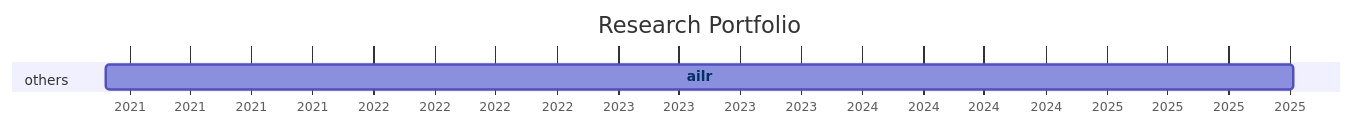
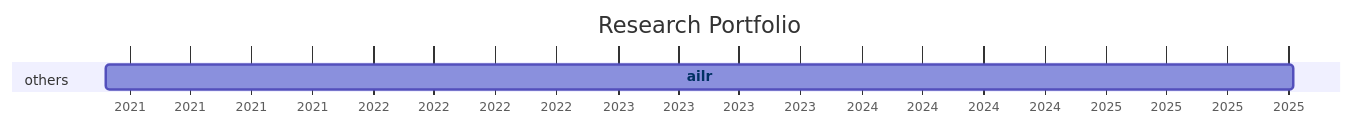
The diagram in docs/20-research/25-projects-gantt.md (digital-work-lab/handbook), drawn with Mermaid before and after one commit.

Commit message:
Update repository overview

````diff
--- a/docs/20-research/25-projects-gantt.md
+++ b/docs/20-research/25-projects-gantt.md
@@ -8,21 +8,21 @@
 ```mermaid
 ---
 displayMode: compact
 ---
 gantt
 title Research Portfolio
 dateFormat YYYY-MM-DD
 axisFormat %Y
 
     section work_practices
 
     section distributed_organizing
 
     section knowledge_synthesis
 
     section others
-        ailr :ailr, 2020-11-26, 2025-10-07
+        ailr :ailr, 2020-11-26, 2025-10-08
 
 
     click ailr href "{{ site.baseurl }}/docs/10-lab/18-resources/ailr.html"
 ```
````
